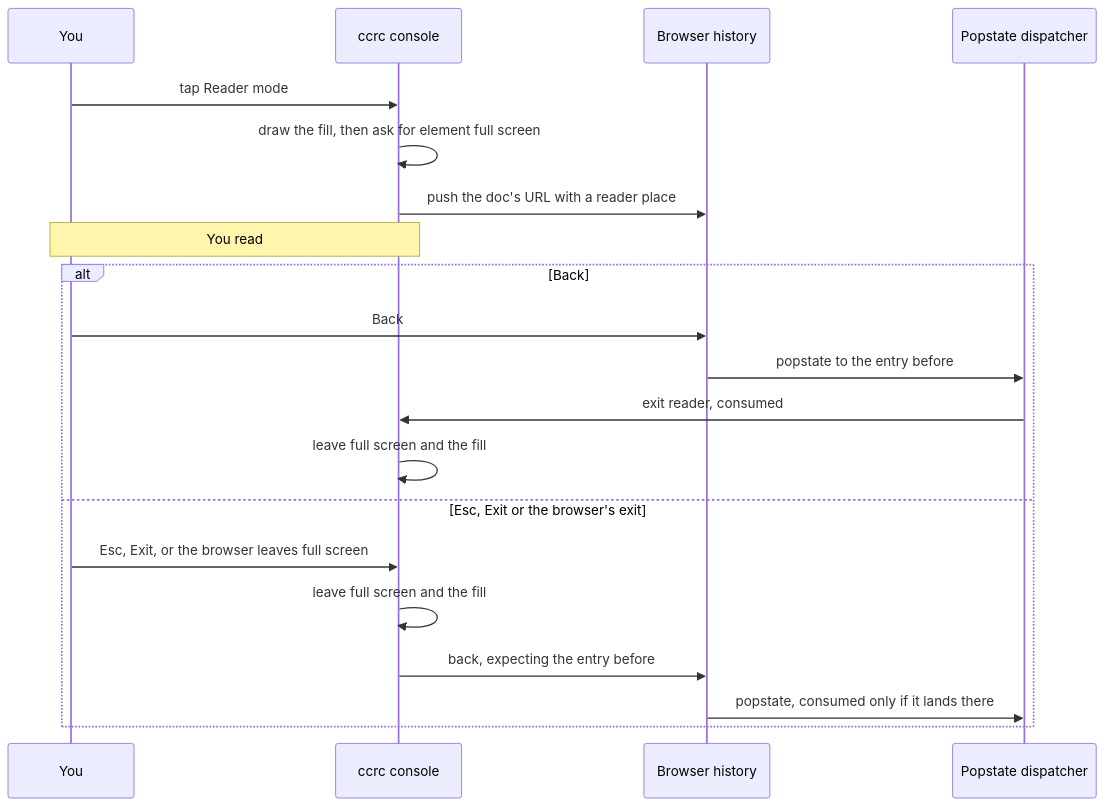
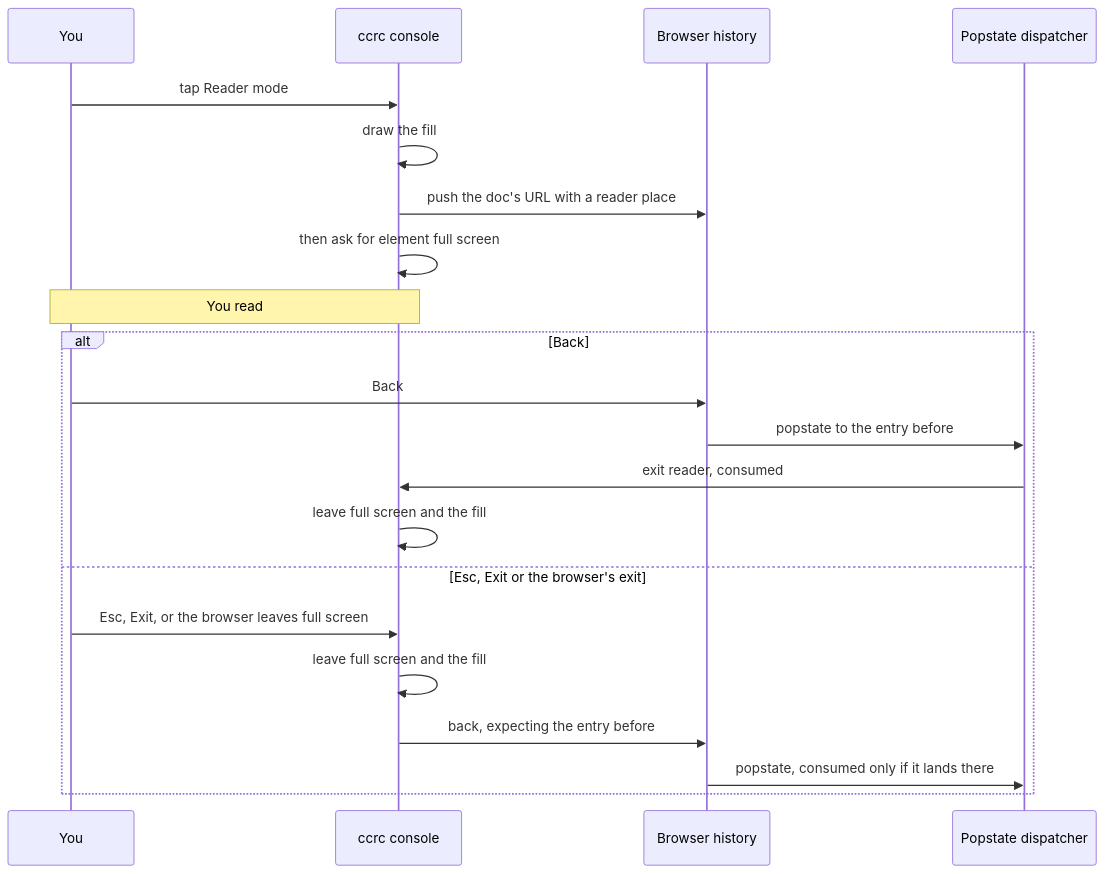
One commit to Synapsium-Labs/ccrc-pwa changed the second of 5 diagrams in docs/superpowers/specs/2026-11-20-native-docs-reader-mode-design.md. Above: the diagram before and after it, drawn with Mermaid. The commit also changed other lines of this file, not shown here.

Commit message:
docs(docs-reader): reader mode, Figure 2 in the right order (X6, review 2933 A6)
Figure 2 drew the full-screen request before the history push, against
the spec's text, the plan's enter acts, XR1.2's test and mutation row
X6.1. It now draws the fill, pushes the reader place, and only then asks
for full screen, and its caption says why.

````diff
--- a/docs/superpowers/specs/2026-11-20-native-docs-reader-mode-design.md
+++ b/docs/superpowers/specs/2026-11-20-native-docs-reader-mode-design.md
@@ -187,22 +187,23 @@
 ```mermaid
 sequenceDiagram
   participant U as You
   participant H as ccrc console
   participant B as Browser history
   participant D as Popstate dispatcher
   U->>H: tap Reader mode
-  H->>H: draw the fill, then ask for element full screen
+  H->>H: draw the fill
   H->>B: push the doc's URL with a reader place
+  H->>H: then ask for element full screen
   Note over U,H: You read
   alt Back
     U->>B: Back
     B->>D: popstate to the entry before
     D->>H: exit reader, consumed
     H->>H: leave full screen and the fill
   else Esc, Exit or the browser's exit
     U->>H: Esc, Exit, or the browser leaves full screen
     H->>H: leave full screen and the fill
     H->>B: back, expecting the entry before
     B->>D: popstate, consumed only if it lands there
   end
 ```
````
